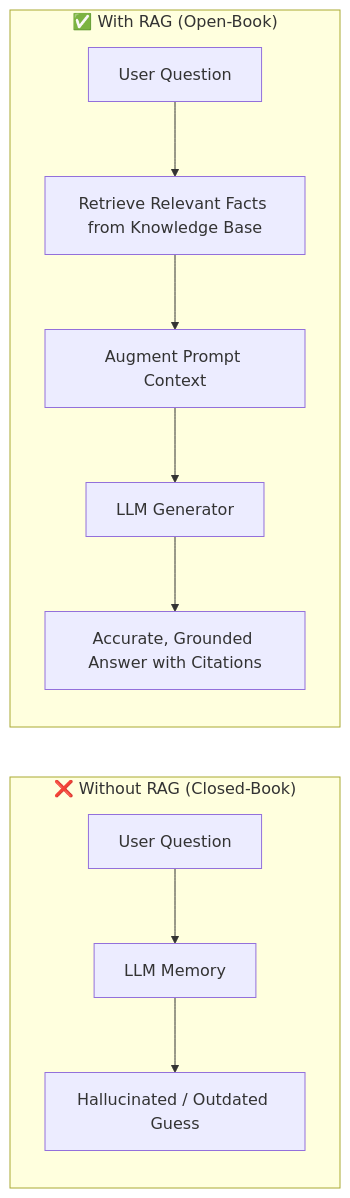
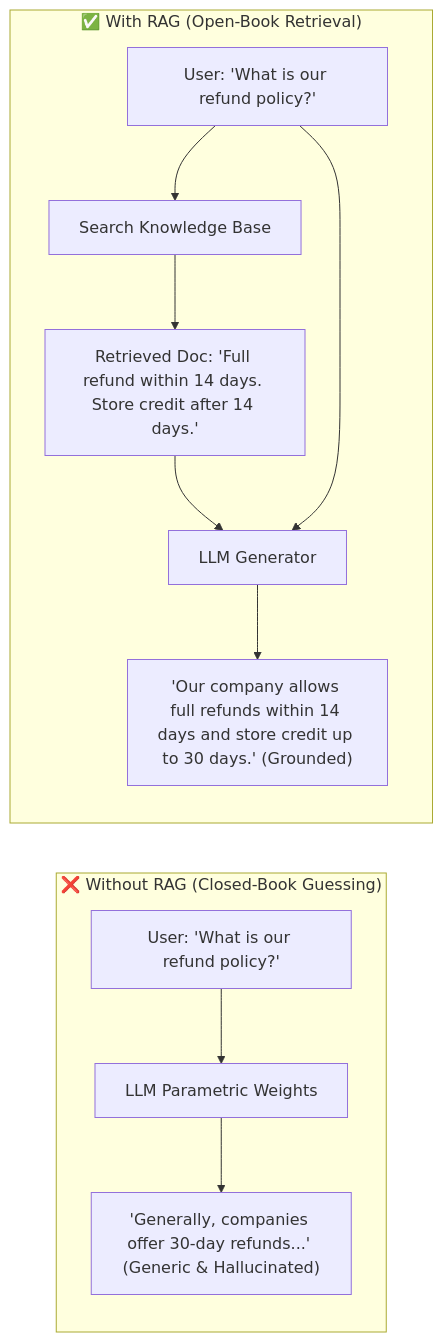
The first of 31 diagrams in RAG/01_RAG_30_Questions.md (Nishant8826/theory-leaning), drawn with Mermaid before and after one commit. The commit also changed other lines of this file and 2 other files, not shown here.

````diff
--- a/RAG/01_RAG_30_Questions.md
+++ b/RAG/01_RAG_30_Questions.md
@@ -70,14 +68,14 @@
 ```mermaid
 flowchart LR
-    subgraph Without_RAG["❌ Without RAG (Closed-Book)"]
-        U1[User Question] --> LLM1[LLM Memory]
-        LLM1 --> H[Hallucinated / Outdated Guess]
+    subgraph Closed_Book["❌ Without RAG (Closed-Book Guessing)"]
+        U1["User: 'What is our refund policy?'"] --> LLM1[LLM Parametric Weights]
+        LLM1 --> H["'Generally, companies offer 30-day refunds...' (Generic & Hallucinated)"]
     end
 
-    subgraph With_RAG["✅ With RAG (Open-Book)"]
-        U2[User Question] --> R[Retrieve Relevant Facts from Knowledge Base]
-        R --> C[Augment Prompt Context]
-        C --> LLM2[LLM Generator]
-        LLM2 --> A[Accurate, Grounded Answer with Citations]
+    subgraph Open_Book["✅ With RAG (Open-Book Retrieval)"]
+        U2["User: 'What is our refund policy?'"] --> RET[Search Knowledge Base]
+        RET --> CTX["Retrieved Doc: 'Full refund within 14 days. Store credit after 14 days.'"]
+        CTX & U2 --> LLM2[LLM Generator]
+        LLM2 --> ANS["'Our company allows full refunds within 14 days and store credit up to 30 days.' (Grounded)"]
     end
 ```
````
